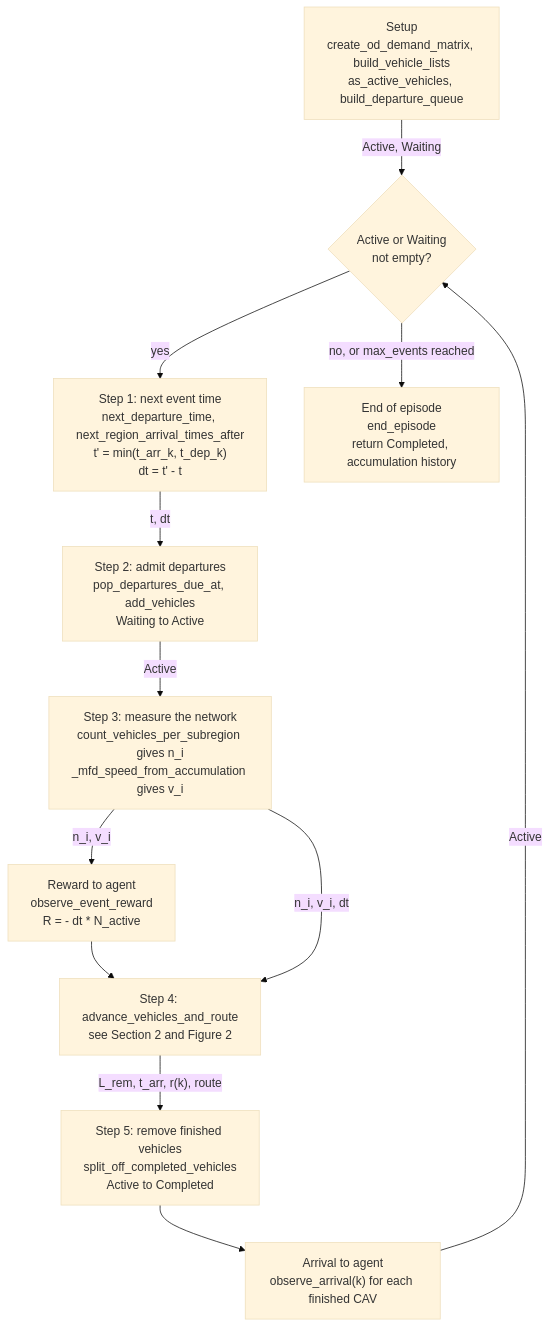
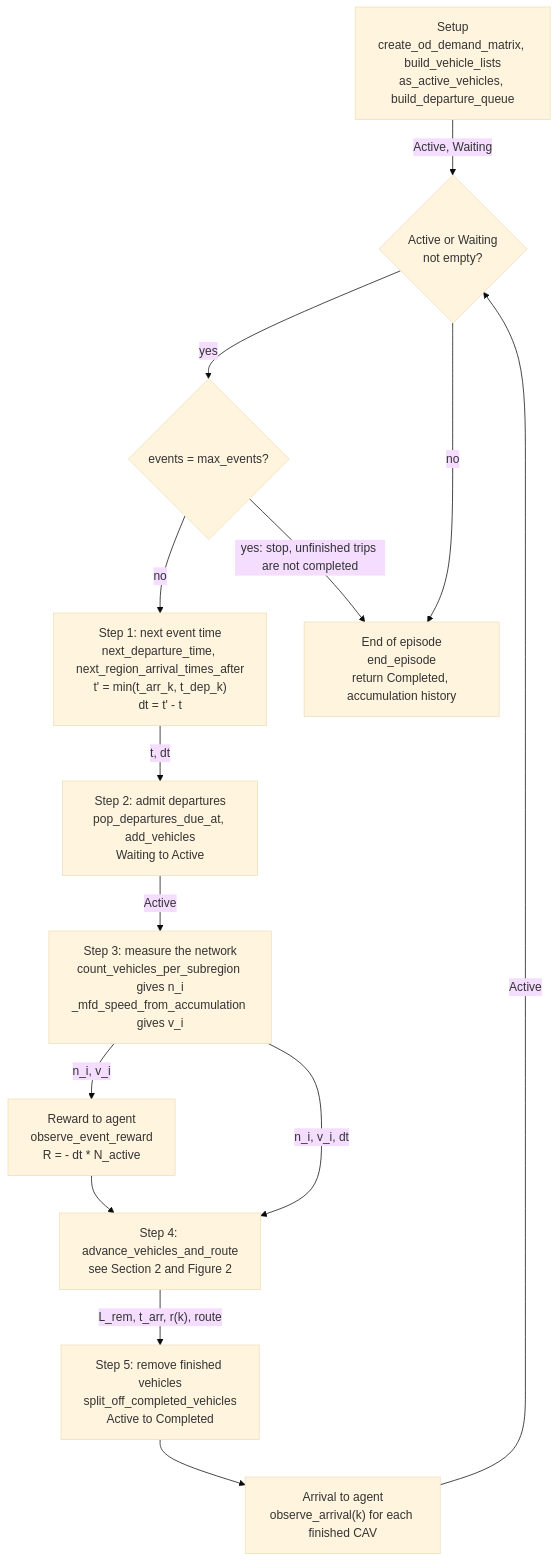
One commit to sathyakumarnandakumar-cmyk/RG_MFD_Pub changed the first of 3 diagrams in docs/SIMULATION_FLOWCHART.md. Above: the diagram before and after it, drawn with Mermaid (base theme). The commit also changed other lines of this file and 1 other file, not shown here.

Commit message:
Update flowcharts: feasible set, run modes, leg lengths

````diff
--- a/docs/SIMULATION_FLOWCHART.md
+++ b/docs/SIMULATION_FLOWCHART.md
@@ -13,25 +13,28 @@
 ```mermaid
 flowchart TD
     A["Setup<br/>create_od_demand_matrix, build_vehicle_lists<br/>as_active_vehicles, build_departure_queue"]
     B{"Active or Waiting<br/>not empty?"}
+    B2{"events = max_events?"}
     C["Step 1: next event time<br/>next_departure_time, next_region_arrival_times_after<br/>t' = min(t_arr_k, t_dep_k)<br/>dt = t' - t"]
     D["Step 2: admit departures<br/>pop_departures_due_at, add_vehicles<br/>Waiting to Active"]
     E["Step 3: measure the network<br/>count_vehicles_per_subregion gives n_i<br/>_mfd_speed_from_accumulation gives v_i"]
     F["Reward to agent<br/>observe_event_reward<br/>R = - dt * N_active"]
     G["Step 4: advance_vehicles_and_route<br/>see Section 2 and Figure 2"]
     H["Step 5: remove finished vehicles<br/>split_off_completed_vehicles<br/>Active to Completed"]
     I["Arrival to agent<br/>observe_arrival(k) for each finished CAV"]
     J["End of episode<br/>end_episode<br/>return Completed, accumulation history"]
 
     A -->|"Active, Waiting"| B
-    B -->|"yes"| C
-    B -->|"no, or max_events reached"| J
+    B -->|"yes"| B2
+    B -->|"no"| J
+    B2 -->|"no"| C
+    B2 -->|"yes: stop, unfinished trips are not completed"| J
     C -->|"t, dt"| D
     D -->|"Active"| E
     E -->|"n_i, v_i"| F
     F --> G
     E -->|"n_i, v_i, dt"| G
     G -->|"L_rem, t_arr, r(k), route"| H
     H --> I
     I -->|"Active"| B
 ```
````
